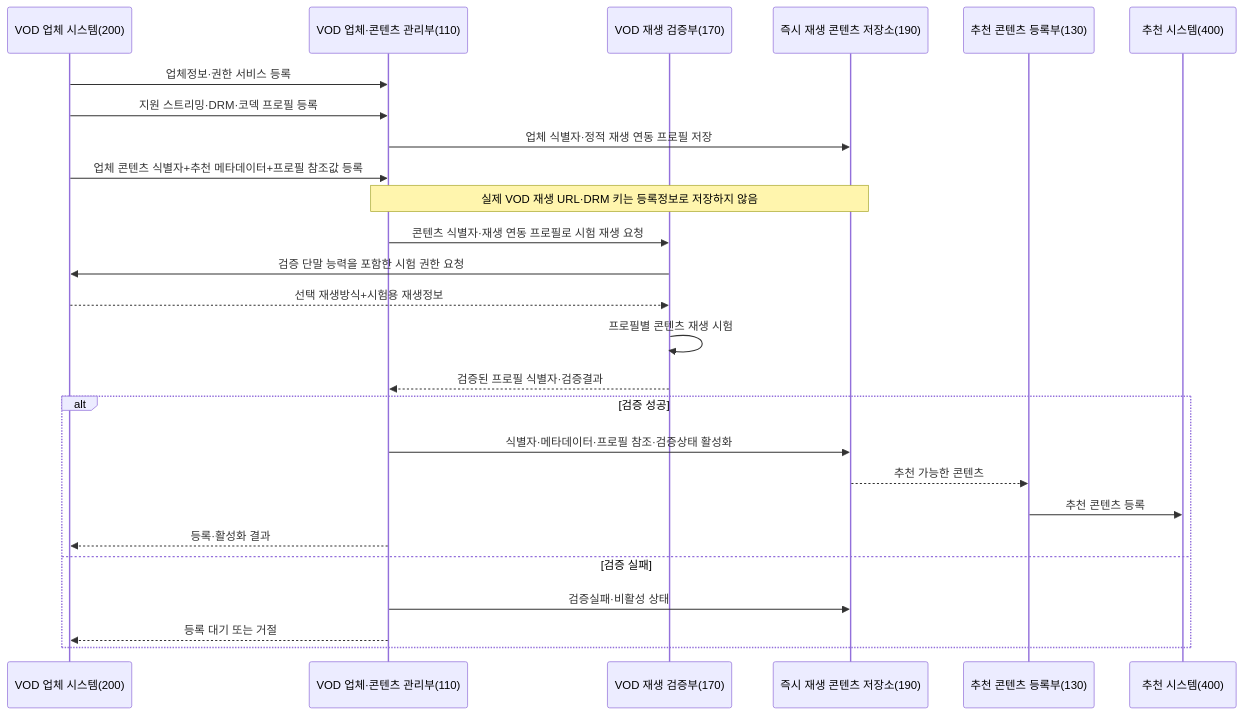
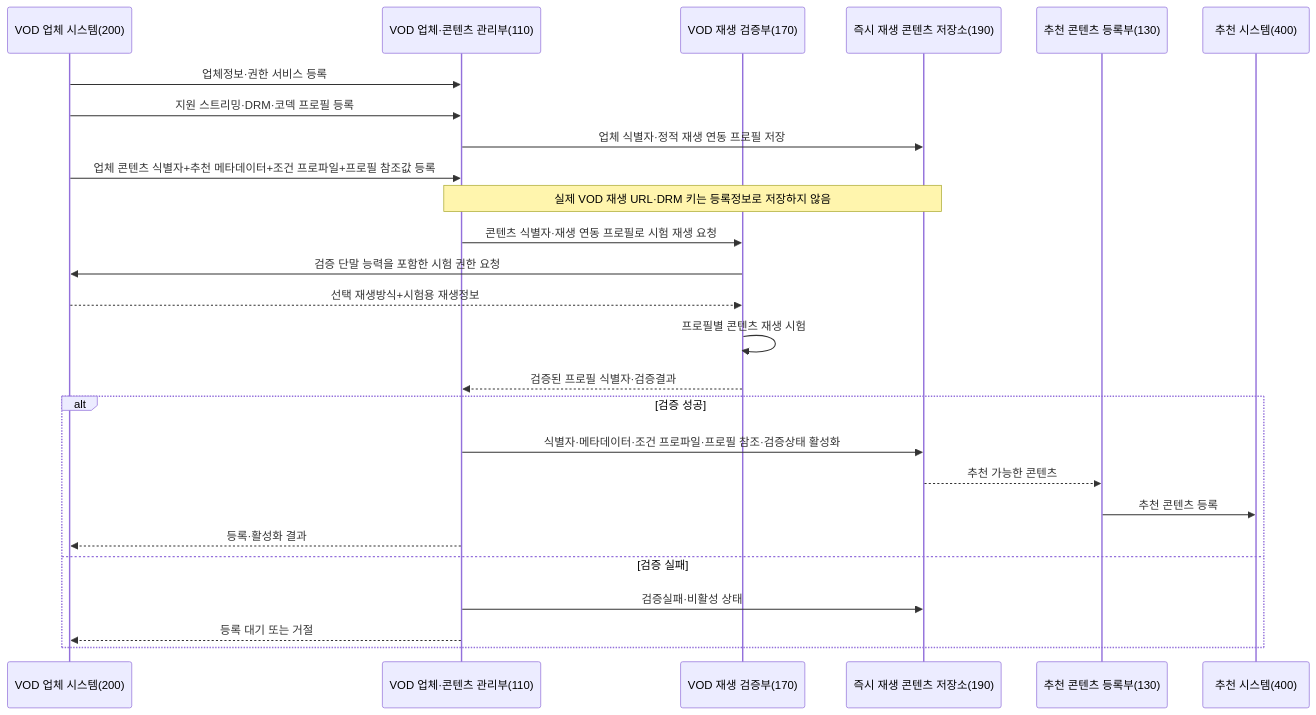
Before and after one commit to growdai1y/instant-play: the third of 11 diagrams in instant_play_직무발명서.md, drawn with Mermaid. The commit also changed other lines of this file, not shown here.

````diff
--- a/instant_play_직무발명서.md
+++ b/instant_play_직무발명서.md
@@ -582,29 +707,29 @@
 ```mermaid
 sequenceDiagram
     participant VOD as VOD 업체 시스템(200)
     participant MANAGE as VOD 업체·콘텐츠 관리부(110)
     participant VERIFY as VOD 재생 검증부(170)
     participant STORE as 즉시 재생 콘텐츠 저장소(190)
     participant RECREG as 추천 콘텐츠 등록부(130)
     participant RECOMMEND as 추천 시스템(400)
 
     VOD->>MANAGE: 업체정보·권한 서비스 등록
     VOD->>MANAGE: 지원 스트리밍·DRM·코덱 프로필 등록
     MANAGE->>STORE: 업체 식별자·정적 재생 연동 프로필 저장
-    VOD->>MANAGE: 업체 콘텐츠 식별자+추천 메타데이터+프로필 참조값 등록
+    VOD->>MANAGE: 업체 콘텐츠 식별자+추천 메타데이터+조건 프로파일+프로필 참조값 등록
     Note over MANAGE,STORE: 실제 VOD 재생 URL·DRM 키는 등록정보로 저장하지 않음
     MANAGE->>VERIFY: 콘텐츠 식별자·재생 연동 프로필로 시험 재생 요청
     VERIFY->>VOD: 검증 단말 능력을 포함한 시험 권한 요청
     VOD-->>VERIFY: 선택 재생방식+시험용 재생정보
     VERIFY->>VERIFY: 프로필별 콘텐츠 재생 시험
     VERIFY-->>MANAGE: 검증된 프로필 식별자·검증결과
     alt 검증 성공
-        MANAGE->>STORE: 식별자·메타데이터·프로필 참조·검증상태 활성화
+        MANAGE->>STORE: 식별자·메타데이터·조건 프로파일·프로필 참조·검증상태 활성화
         STORE-->>RECREG: 추천 가능한 콘텐츠
         RECREG->>RECOMMEND: 추천 콘텐츠 등록
         MANAGE-->>VOD: 등록·활성화 결과
     else 검증 실패
         MANAGE->>STORE: 검증실패·비활성 상태
         MANAGE-->>VOD: 등록 대기 또는 거절
     end
 ```
````
